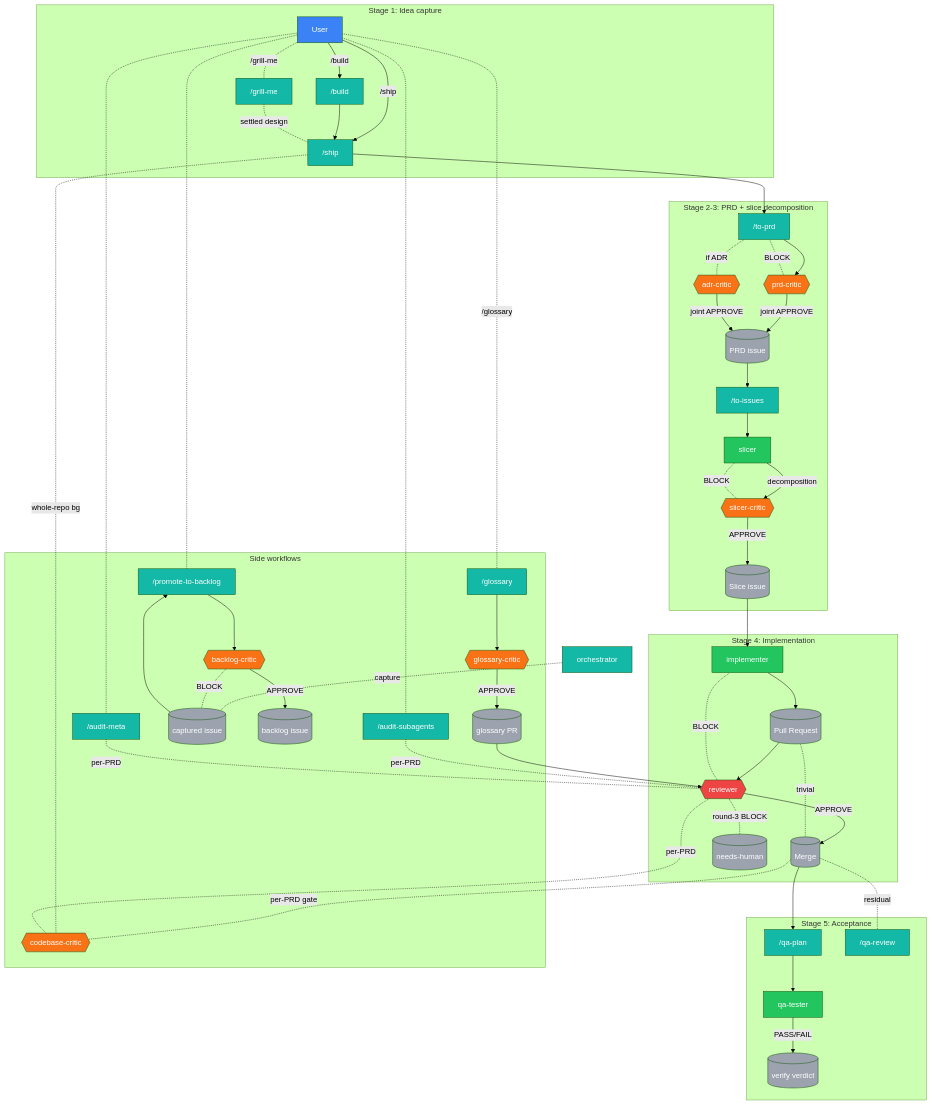
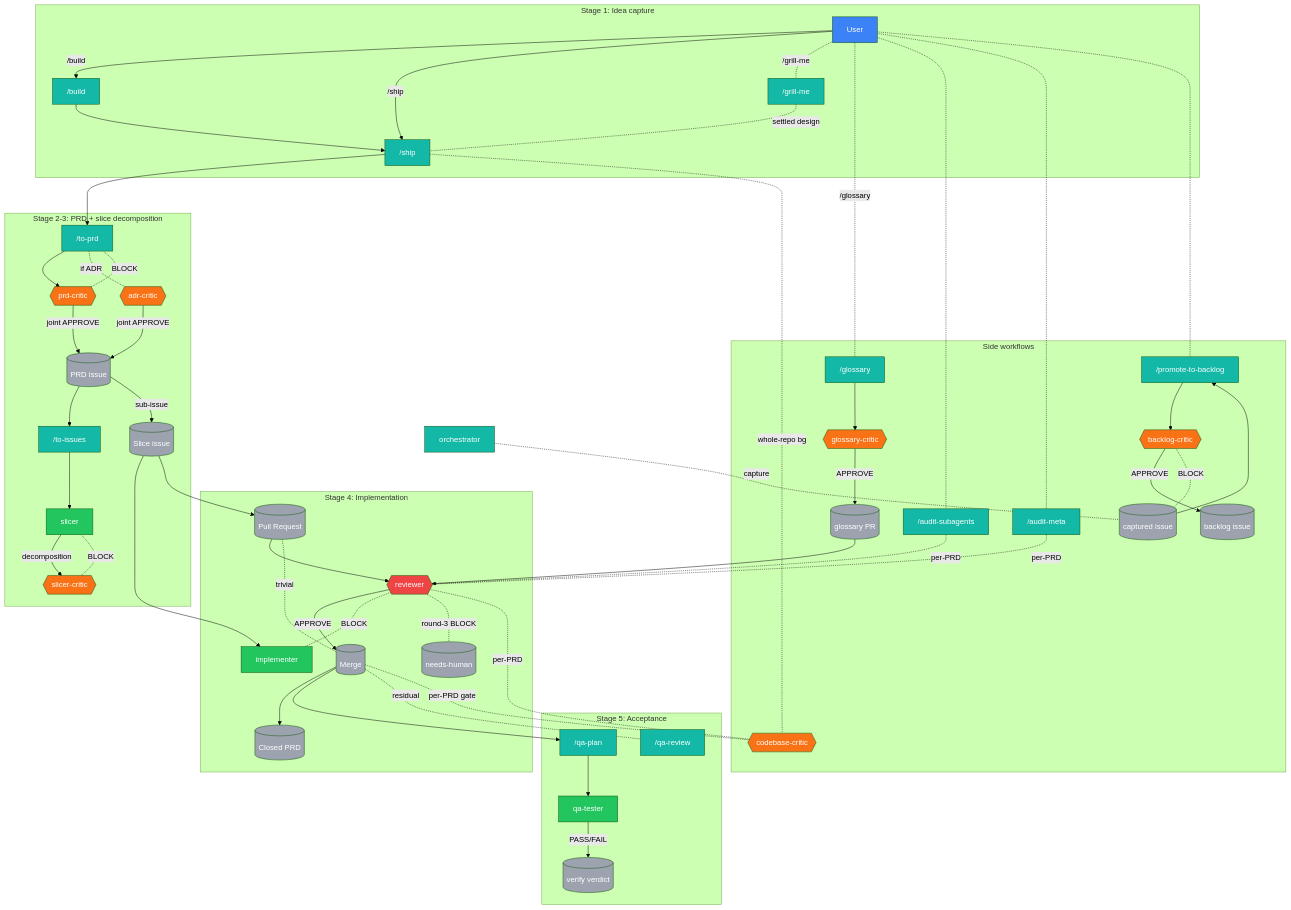
Before and after one commit to vojtech-stas/project-claude: the diagram in README.md, drawn with Mermaid (forest theme). The commit also changed 2 other files, not shown here.

Commit message:
fix(trail): preserve slice-1 spine edge ids + not-evaluated state
Renamed back the 5 github-tier edges that had been re-keyed in the full
SPEC v2 (E-PRD-SLICE, E-SLICE-PR, E-PR-REVIEW, E-REVIEW-MERGE,
E-TRIVIAL-LANE), restored E-MERGE-CLOSE-PRD and its closed-prd node,
and corrected E-REVIEWER-BLOCK → E-REVIEW-BLOCK. comparison.py's seven
predicate evaluators are keyed to these ids; re-keying them caused all
44 edges to be not-reached and run_pass: false.

Added not-evaluated state for edges without an evaluator yet (full
predicate coverage is slice 3's scope). not-evaluated edges are excluded
from run_pass computation so the slice-1 real-data proof stays alive.

````diff
--- a/README.md
+++ b/README.md
@@ -127,6 +127,7 @@
     reviewer{{reviewer}}
     pr[(Pull Request)]
     merge[(Merge)]
+    closed_prd[(Closed PRD)]
     needs_human[(needs-human)]
   end
   subgraph S4["Stage 5: Acceptance"]
@@ -161,12 +162,13 @@
   prd_issue --> to_issues
   to_issues --> slicer
   slicer -->|decomposition| slicer_critic
-  slicer_critic -->|APPROVE| slice_issue
+  prd_issue -->|sub-issue| slice_issue
   slicer_critic -.BLOCK.- slicer
   slice_issue --> implementer
-  implementer --> pr
+  slice_issue --> pr
   pr --> reviewer
   reviewer -->|APPROVE| merge
+  merge --> closed_prd
   reviewer -.BLOCK.- implementer
   reviewer -.round-3 BLOCK.- needs_human
   pr -.trivial.- merge
@@ -202,5 +204,5 @@
   class implementer,qa_tester,slicer gen
   class adr_critic,backlog_critic,codebase_critic,glossary_critic,prd_critic,slicer_critic critic
   class reviewer reviewer_cls
-  class backlog_issue,captured_issue,glossary_pr,merge,needs_human,pr,prd_issue,slice_issue,verify_verdict artifact
+  class backlog_issue,captured_issue,closed_prd,glossary_pr,merge,needs_human,pr,prd_issue,slice_issue,verify_verdict artifact
 ```
````
